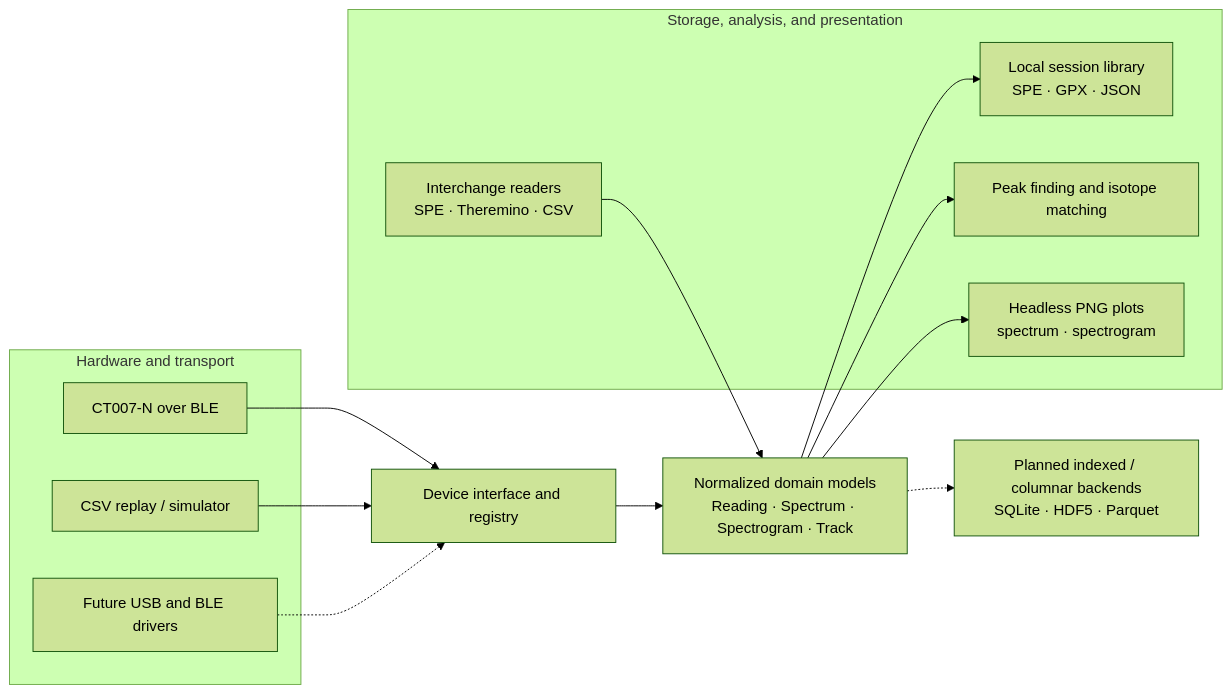
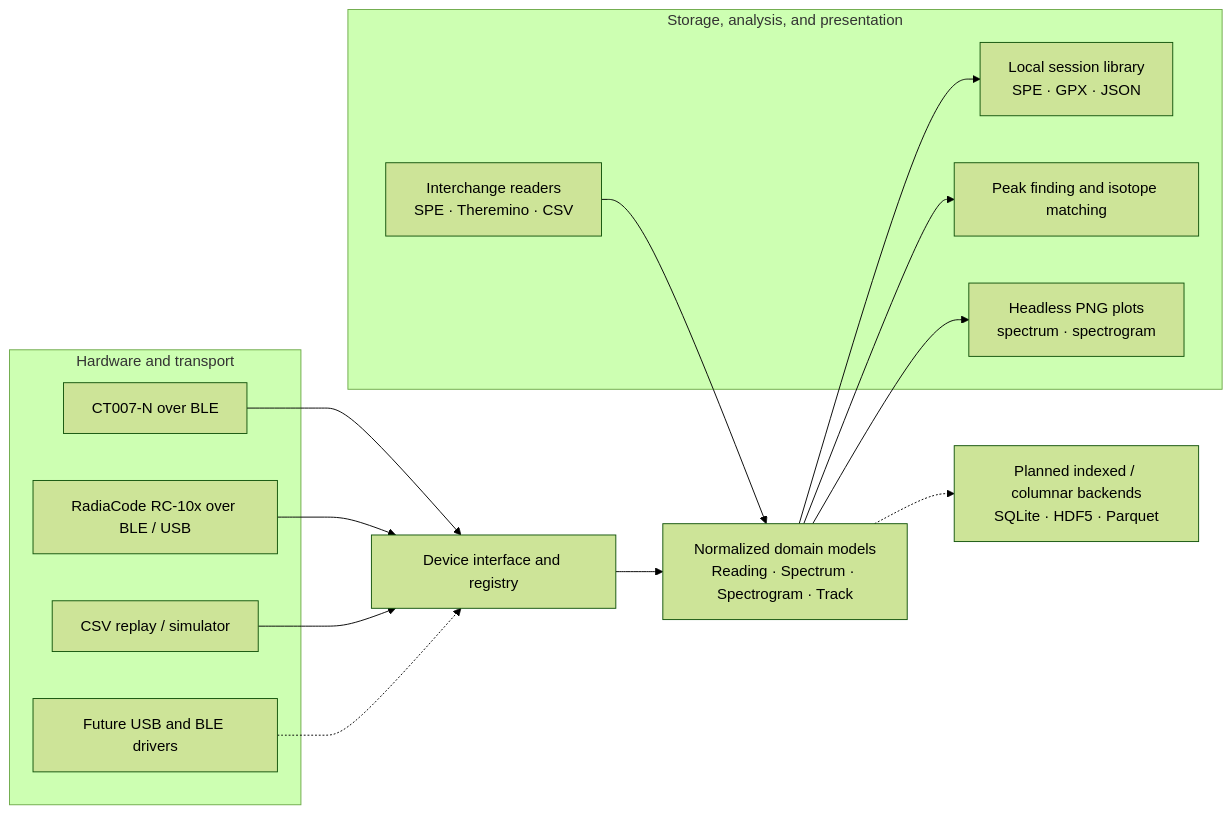
One commit to nulvox/openrad changed the diagram in README.md. Above: the diagram before and after it, drawn with Mermaid (forest theme). The commit also changed other lines of this file and 7 other files, not shown here.

Commit message:
Add RadiaCode RC-10x BLE/USB driver and CLI support

````diff
--- a/README.md
+++ b/README.md
@@ -48,30 +49,32 @@
 ```mermaid
 flowchart LR
     subgraph Sources[Hardware and transport]
         BLE[CT007-N over BLE]
+        RC[RadiaCode RC-10x over BLE / USB]
         CSV[CSV replay / simulator]
         FUTURE[Future USB and BLE drivers]
     end
 
     DEVICE[Device interface and registry]
     MODELS[Normalized domain models<br/>Reading · Spectrum · Spectrogram · Track]
 
     subgraph Outputs[Storage, analysis, and presentation]
         LIB[Local session library<br/>SPE · GPX · JSON]
         IMPORT[Interchange readers<br/>SPE · Theremino · CSV]
         ANALYSIS[Peak finding and isotope matching]
         VIZ[Headless PNG plots<br/>spectrum · spectrogram]
     end
 
     PLANNED[Planned indexed / columnar backends<br/>SQLite · HDF5 · Parquet]
 
     BLE --> DEVICE
+    RC --> DEVICE
     CSV --> DEVICE
     FUTURE -.-> DEVICE
     DEVICE --> MODELS
     IMPORT --> MODELS
     MODELS --> LIB
     MODELS --> ANALYSIS
     MODELS --> VIZ
     MODELS -.-> PLANNED
 ```
````
